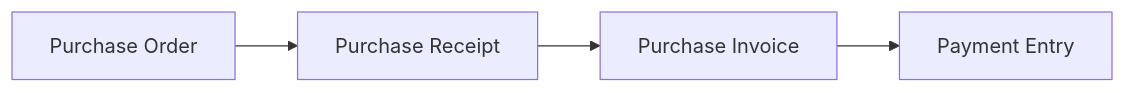
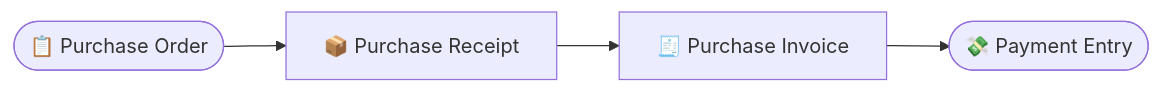
One commit to RimbunCode/erp_pataya changed the second of 3 diagrams in docs/tutorials/04-alur-pembelian.md. Above: the diagram before and after it, drawn with Mermaid. The commit also changed other lines of this file and 14 other files, not shown here.

````diff
--- a/docs/tutorials/04-alur-pembelian.md
+++ b/docs/tutorials/04-alur-pembelian.md
@@ -67,4 +66,4 @@
 ```mermaid
 flowchart LR
-    PO[Purchase Order] --> GR[Purchase Receipt] --> PI[Purchase Invoice] --> PE[Payment Entry]
+    PO(["📋 Purchase Order"]) --> GR["📦 Purchase Receipt"] --> PI["🧾 Purchase Invoice"] --> PE(["💸 Payment Entry"])
 ```
````
